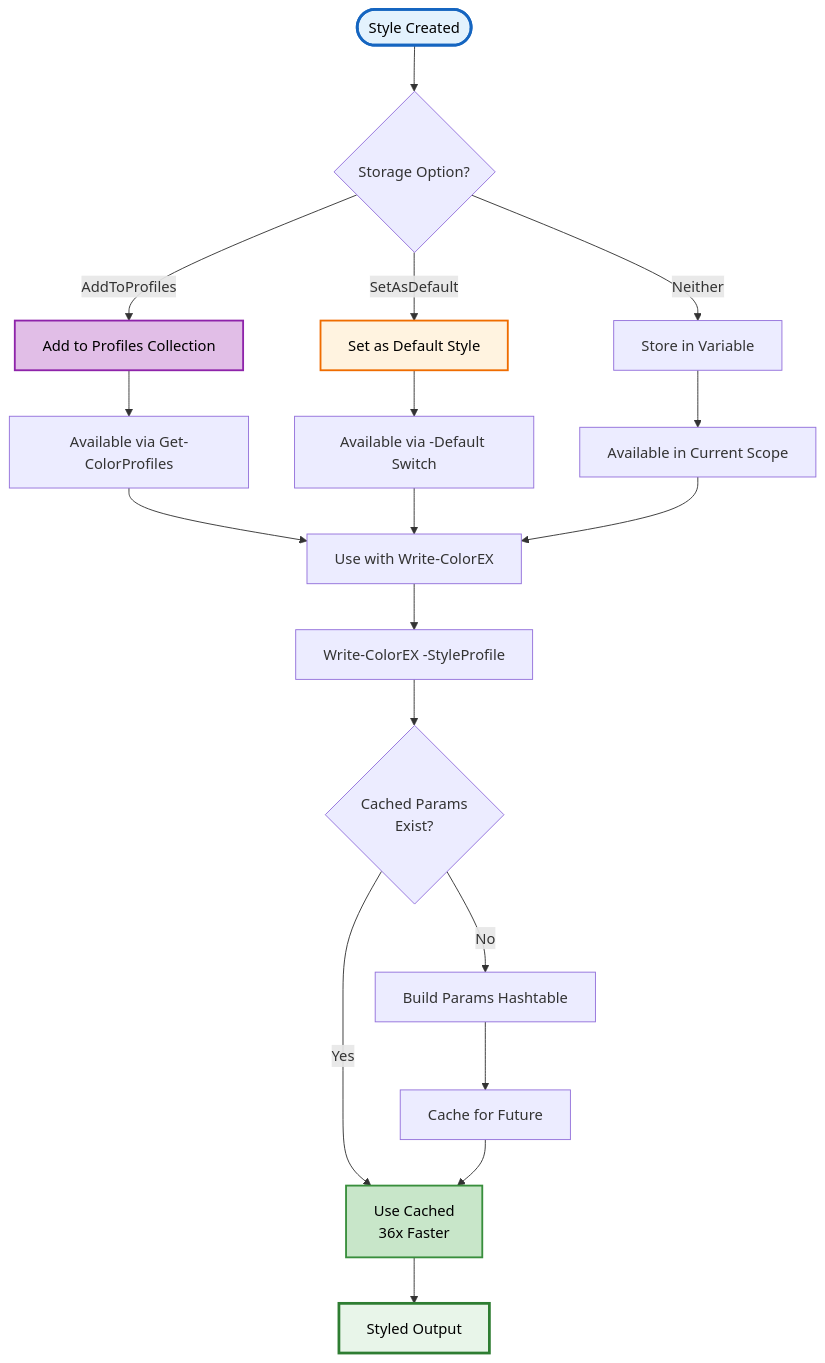
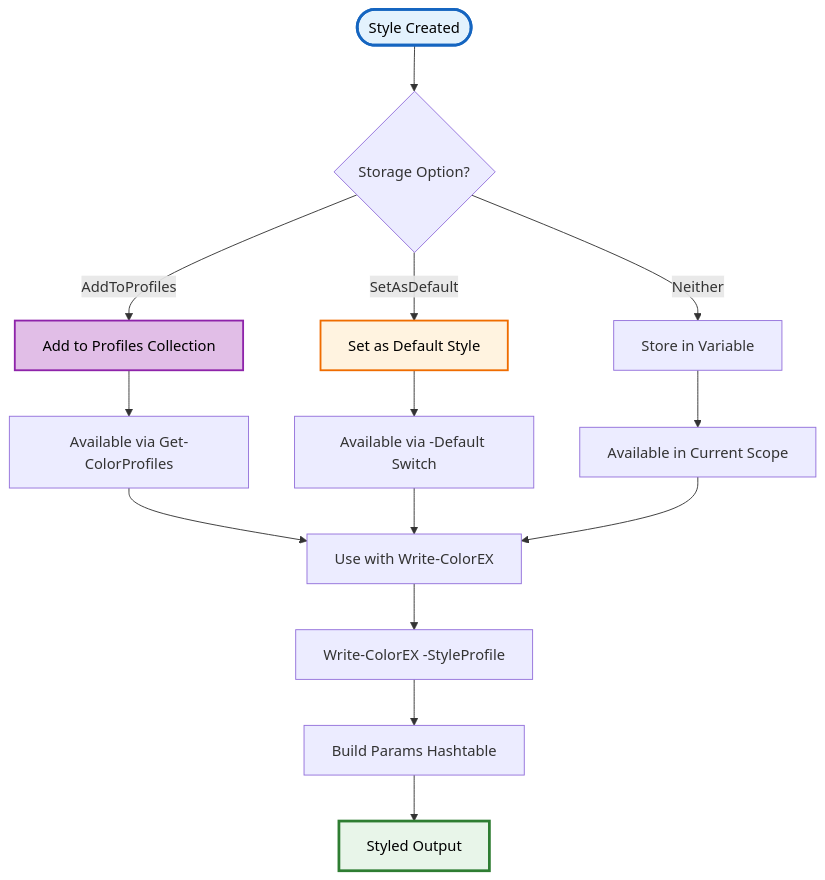
Before and after one commit to MarkusMcNugen/PSWriteColorEX: the second of 3 diagrams in Docs/Public/New-ColorStyle.md, drawn with Mermaid. The commit also changed other lines of this file and 10 other files, not shown here.

````diff
--- a/Docs/Public/New-ColorStyle.md
+++ b/Docs/Public/New-ColorStyle.md
@@ -452,33 +451,26 @@
 ```mermaid
 graph TD
     Create([Style Created]) --> CheckStorage{Storage Option?}
 
     CheckStorage -->|AddToProfiles| AddProf[Add to Profiles Collection]
     CheckStorage -->|SetAsDefault| SetDef[Set as Default Style]
     CheckStorage -->|Neither| StoreVar[Store in Variable]
 
     AddProf --> Available[Available via Get-ColorProfiles]
     SetDef --> Available2[Available via -Default Switch]
     StoreVar --> Available3[Available in Current Scope]
 
     Available --> Use[Use with Write-ColorEX]
     Available2 --> Use
     Available3 --> Use
 
     Use --> Apply[Write-ColorEX -StyleProfile]
-    Apply --> Cache{Cached Params<br/>Exist?}
+    Apply --> BuildParams[Build Params Hashtable]
 
-    Cache -->|Yes| UseCached[Use Cached<br/>36x Faster]
-    Cache -->|No| BuildParams[Build Params Hashtable]
-
-    BuildParams --> CacheResult[Cache for Future]
-    CacheResult --> UseCached
-
-    UseCached --> Output[Styled Output]
+    BuildParams --> Output[Styled Output]
 
     style Create fill:#e3f2fd,stroke:#1565c0,stroke-width:3px,color:#000
     style Output fill:#e8f5e9,stroke:#2e7d32,stroke-width:3px,color:#000
-    style UseCached fill:#c8e6c9,stroke:#388e3c,stroke-width:2px,color:#000
     style AddProf fill:#e1bee7,stroke:#8e24aa,stroke-width:2px,color:#000
     style SetDef fill:#fff3e0,stroke:#ef6c00,stroke-width:2px,color:#000
 ```
````
